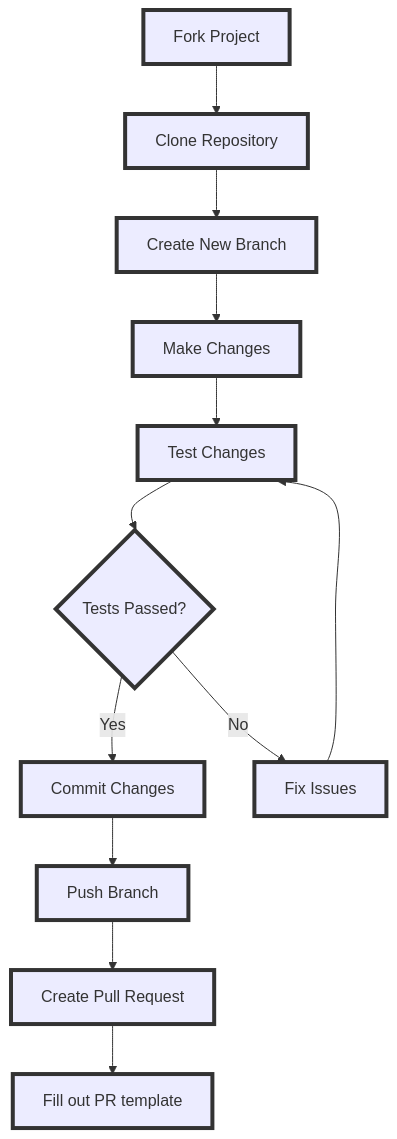
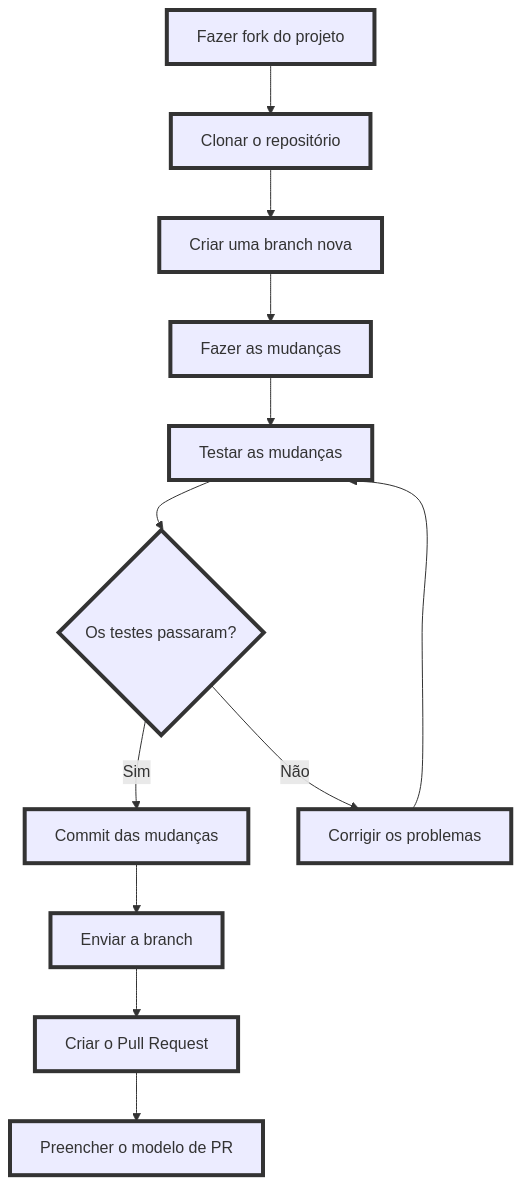
One commit to RamonMods/WinUtil changed the diagram in .github/CONTRIBUTING.md. Above: the diagram before and after it, drawn with Mermaid. The commit also changed other lines of this file and 202 other files, not shown here.

````diff
--- a/.github/CONTRIBUTING.md
+++ b/.github/CONTRIBUTING.md
@@ -48,16 +48,16 @@
 ```mermaid
 %%{init: {"flowchart": {"curve": "cardinal"}} }%%
 graph TD
-  A[Fork Project] --> B[Clone Repository];
-  B --> C[Create New Branch];
-  C --> D[Make Changes];
-  D --> G[Test Changes];
-  G --> H{Tests Passed?};
-  H -->|Yes| E[Commit Changes];
-  H -->|No| J[Fix Issues];
+  A[Fazer fork do projeto] --> B[Clonar o repositório];
+  B --> C[Criar uma branch nova];
+  C --> D[Fazer as mudanças];
+  D --> G[Testar as mudanças];
+  G --> H{Os testes passaram?};
+  H -->|Sim| E[Commit das mudanças];
+  H -->|Não| J[Corrigir os problemas];
   J --> G;
-  E --> F[Push Branch];
-  F --> K[Create Pull Request];
-  K --> L[Fill out PR template];
+  E --> F[Enviar a branch];
+  F --> K[Criar o Pull Request];
+  K --> L[Preencher o modelo de PR];
   classDef default stroke:#333,stroke-width:4px,font-size:12pt;
 ```
````
